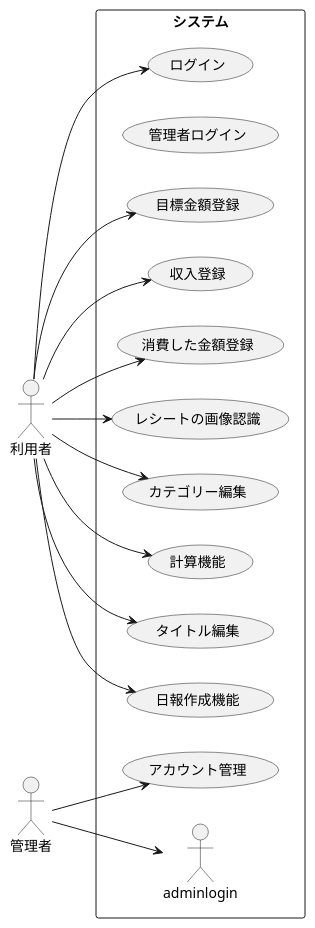
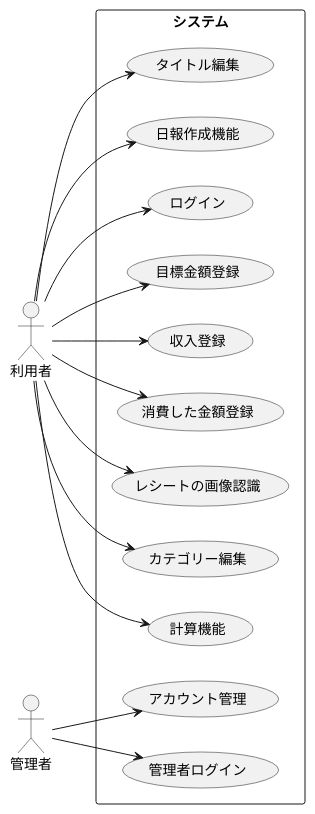
The diagram in test.pu (masakan590/uml-introduction), drawn with PlantUML before and after one commit.

Commit message:
追加

```diff
--- a/test.pu
+++ b/test.pu
@@ -1,32 +1,32 @@
 @startuml
 left to right direction
 actor 利用者 as user
 actor 管理者 as admin
 
 rectangle システム {
   usecase ログイン as login
   usecase 管理者ログイン as admin_login
   usecase 目標金額登録 as set_goal
   usecase 収入登録 as add_income
   usecase 消費した金額登録 as add_expense
   usecase レシートの画像認識 as image_recognition
   usecase カテゴリー編集 as manage_category
   usecase 計算機能 as calculations
   usecase タイトル編集 as edit_title
   usecase 日報作成機能 as create_report
   usecase アカウント管理 as account_management
   
   user --> login
   user --> set_goal
   user --> add_income
   user --> add_expense
   user --> image_recognition
   user --> manage_category
   user --> calculations
   user --> edit_title
   user --> create_report
-  admin --> adminlogin
+  admin --> admin_login
   admin --> account_management
 }
 
 @enduml
```
